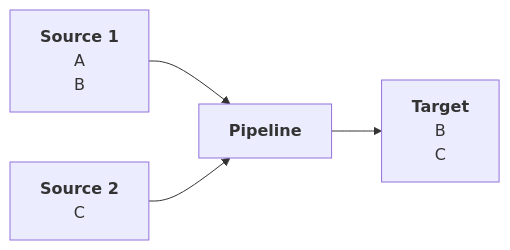
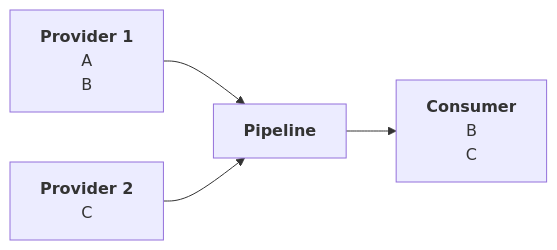
The second of 6 diagrams in docs/admin/pipelines/overview.mdx (VirtualMetric/virtualmetric-docs), drawn with Mermaid before and after one commit. The commit also changed other lines of this file and 2 other files, not shown here.

````diff
--- a/docs/admin/pipelines/overview.mdx
+++ b/docs/admin/pipelines/overview.mdx
@@ -40,19 +40,19 @@
 ```mermaid
 %%{init: {"flowchart": {"htmlLabels": false}}}%%
 flowchart LR
-	source1["`**Source 1**
+	provider1["`**Provider 1**
     A
     B
   `"]
-	source2["`**Source 2**
+	provider2["`**Provider 2**
     C
   `"]
  	pipeline["`**Pipeline**`"]
-	target["`**Target**
+	consumer["`**Consumer**
     B
     C
   `"]
-	source1 --> pipeline;
-	source2 --> pipeline;
-  pipeline --> target
+	provider1 --> pipeline;
+	provider2 --> pipeline;
+  pipeline --> consumer
 ```
````
